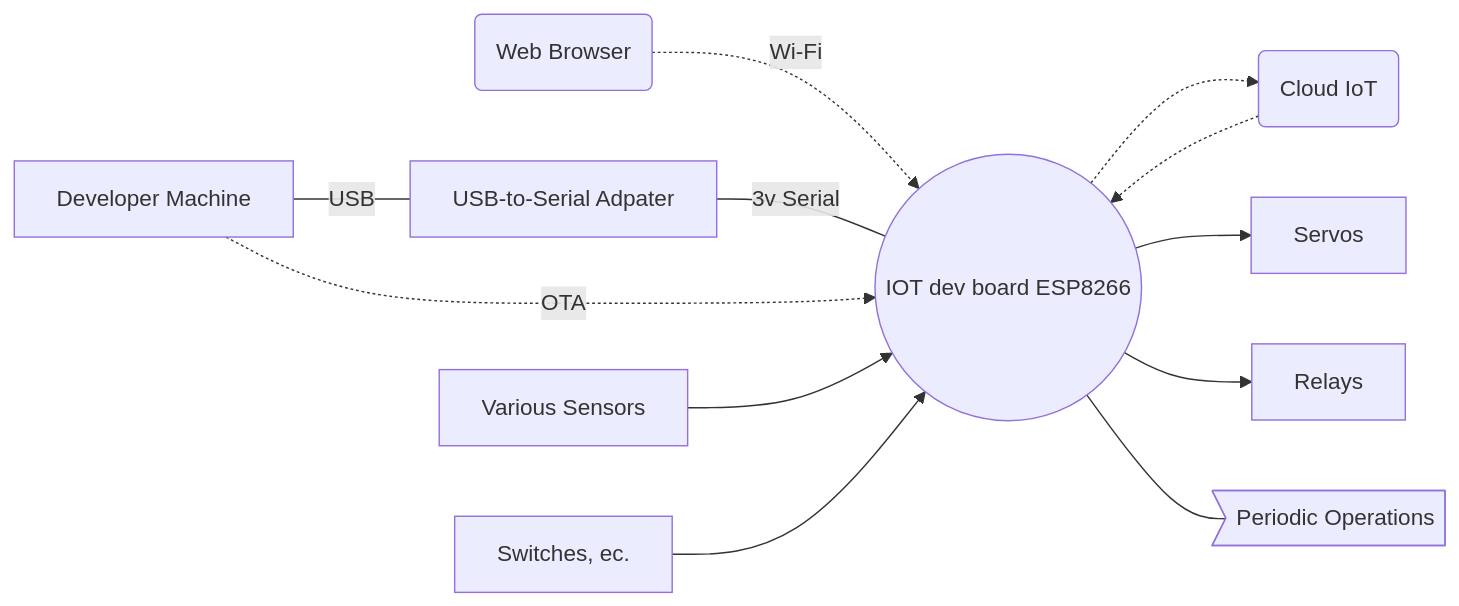
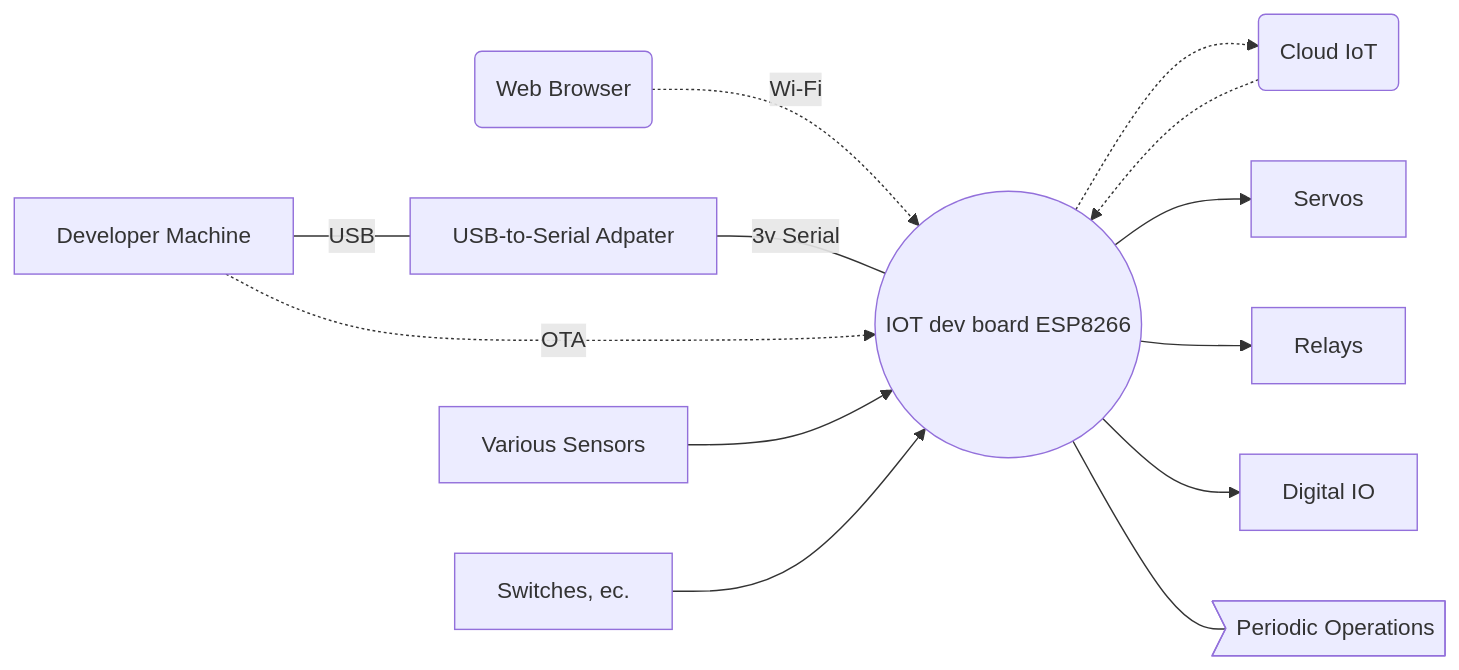
One commit to freemansoft/ESP8266-MicroPython changed the first of 6 diagrams in README.md. Above: the diagram before and after it, drawn with Mermaid.

Commit message:
Every presentation finds an error

````diff
--- a/README.md
+++ b/README.md
@@ -3,25 +3,27 @@
 ```mermaid
 graph LR;
     DevMachine[Developer Machine]
     Browser(Web Browser)
     SerialAdapter[USB-to-Serial Adpater]
     Sensors[Various Sensors]
     Buttons[Switches, ec.]
     Relays
     Servos
+    DigitalIO[Digital IO]
     ESP8266((IOT dev board ESP8266))
     Cloud(Cloud IoT)
     Periodic>Periodic Operations]
 
     Browser -.-> |Wi-Fi|ESP8266
     DevMachine --- |USB| SerialAdapter
     SerialAdapter --- |3v Serial|ESP8266
     DevMachine -.-> |OTA|ESP8266
     Sensors --> ESP8266
     Buttons --> ESP8266
     Cloud -.-> ESP8266
     ESP8266 -.-> Cloud
     ESP8266 --> Servos
     ESP8266 --> Relays
+    ESP8266 --> DigitalIO
     ESP8266 --- Periodic
 ```
````
